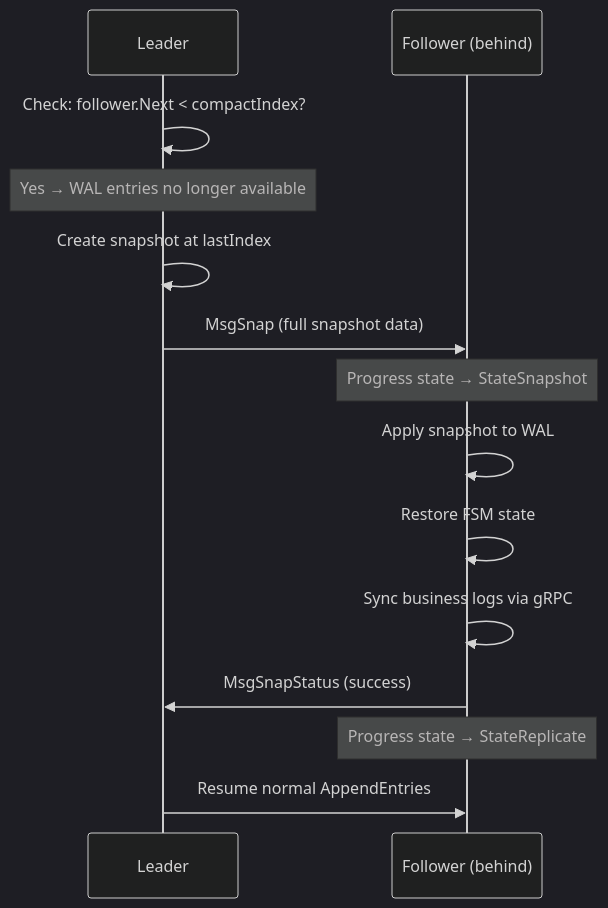
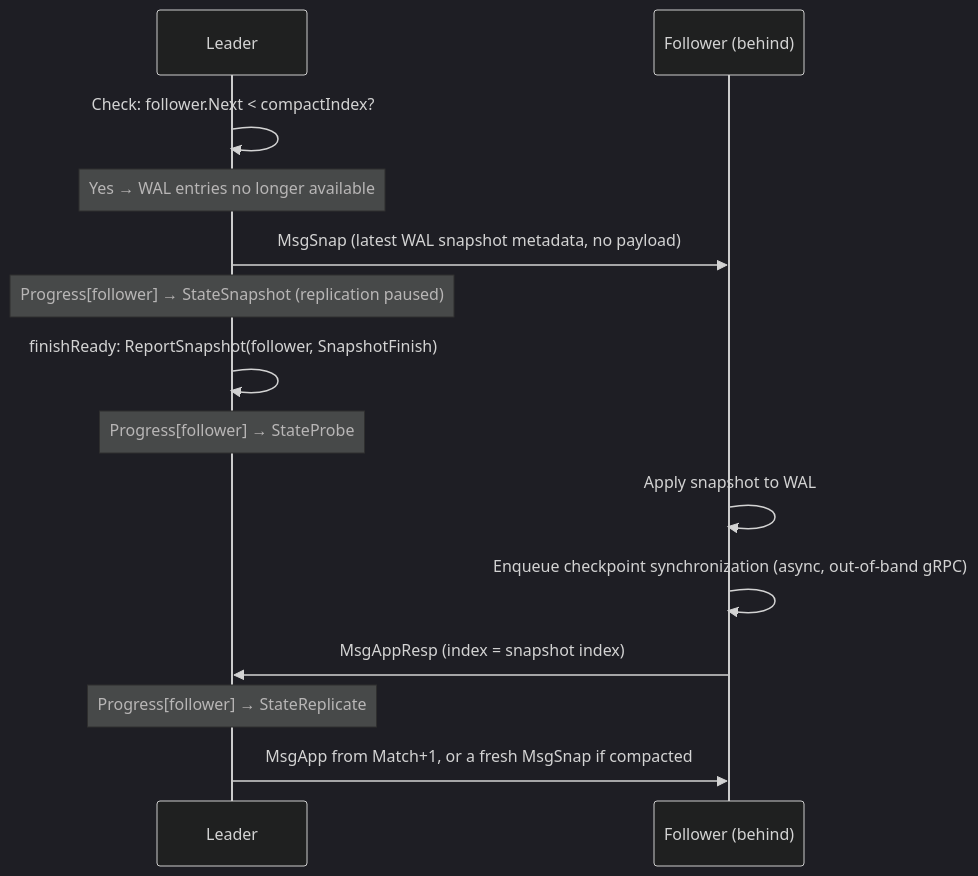
The fourth of 4 diagrams in docs/technical/architecture/subsystems/consensus/raft-consensus.md (formancehq/ledger), drawn with Mermaid (dark theme) before and after one commit. The commit also changed other lines of this file and 4 other files, not shown here.

First line of the commit message:
fix(raft): report sent snapshots so a peer cannot stall in StateSnapshot

````diff
--- a/docs/technical/architecture/subsystems/consensus/raft-consensus.md
+++ b/docs/technical/architecture/subsystems/consensus/raft-consensus.md
@@ -707,21 +707,20 @@
 ```mermaid
 sequenceDiagram
     participant Leader
     participant Follower as Follower (behind)
     
     Leader->>Leader: Check: follower.Next < compactIndex?
     Note over Leader: Yes → WAL entries no longer available
     
-    Leader->>Leader: Create snapshot at lastIndex
-    Leader->>Follower: MsgSnap (full snapshot data)
-    Note over Follower: Progress state → StateSnapshot
-    
+    Leader->>Follower: MsgSnap (latest WAL snapshot metadata, no payload)
+    Note over Leader: Progress[follower] → StateSnapshot (replication paused)
+    Leader->>Leader: finishReady: ReportSnapshot(follower, SnapshotFinish)
+    Note over Leader: Progress[follower] → StateProbe
+
     Follower->>Follower: Apply snapshot to WAL
-    Follower->>Follower: Restore FSM state
-    Follower->>Follower: Sync business logs via gRPC
-    
-    Follower->>Leader: MsgSnapStatus (success)
-    Note over Follower: Progress state → StateReplicate
-    
-    Leader->>Follower: Resume normal AppendEntries
+    Follower->>Follower: Enqueue checkpoint synchronization (async, out-of-band gRPC)
+    Follower->>Leader: MsgAppResp (index = snapshot index)
+    Note over Leader: Progress[follower] → StateReplicate
+
+    Leader->>Follower: MsgApp from Match+1, or a fresh MsgSnap if compacted
 ```
````
